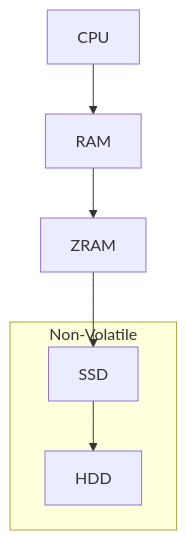
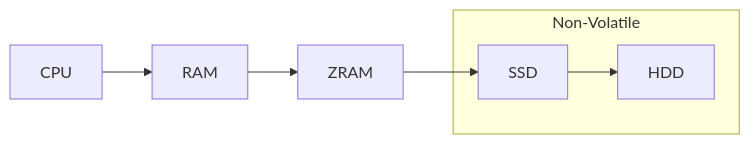
Before and after one commit to hydrusnetwork/hydrus: the diagram in docs/Fixing_Hydrus_Random_Crashes_Under_Linux.md, drawn with Mermaid.

````diff
--- a/docs/Fixing_Hydrus_Random_Crashes_Under_Linux.md
+++ b/docs/Fixing_Hydrus_Random_Crashes_Under_Linux.md
@@ -155,12 +155,11 @@
 ```mermaid
-  graph
-  direction LR
-  CPU-->RAM;
-  RAM-->ZRAM;
-  ZRAM-->SSD;
-  SSD-->HDD;
+  graph LR
+  CPU-->RAM
+  RAM-->ZRAM
+  ZRAM-->SSD
+  SSD-->HDD
   subgraph Non-Volatile
-      SSD;
-      HDD;
+      SSD
+      HDD
   end
 ```
````
